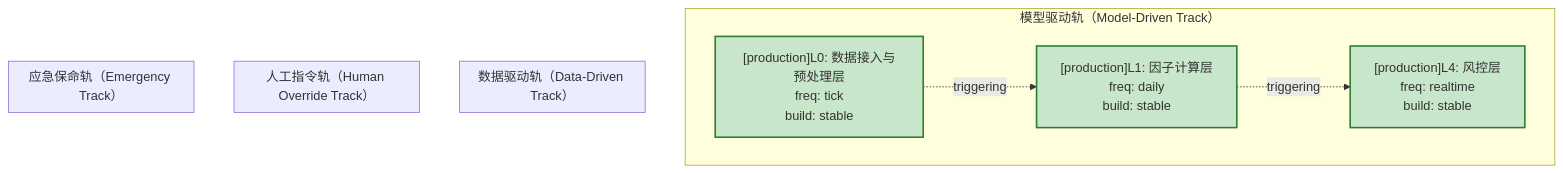
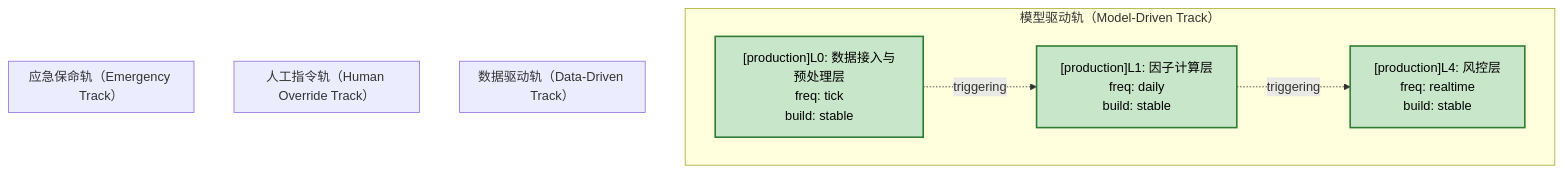
One commit to xuanFelixVan/ZephyrAlpha changed the second of 5 diagrams in docs/02_enterprise_architecture/06_decision_architecture/decision_index.md. Above: the diagram before and after it, drawn with Mermaid. The commit also changed other lines of this file and 1 other file, not shown here.

First line of the commit message:
fix(decisiongraph): classDef 加 color:#000 显式黑色文字 + 设计态虚线边框

````diff
--- a/docs/02_enterprise_architecture/06_decision_architecture/decision_index.md
+++ b/docs/02_enterprise_architecture/06_decision_architecture/decision_index.md
@@ -78,22 +78,22 @@
 ```mermaid
 flowchart TD
     subgraph track_model_driven["模型驱动轨（Model-Driven Track）"]
         LL0["[production]L0: 数据接入与预处理层<br/>freq: tick<br/>build: stable"]:::bsStable
         LL1["[production]L1: 因子计算层<br/>freq: daily<br/>build: stable"]:::bsStable
         LL4["[production]L4: 风控层<br/>freq: realtime<br/>build: stable"]:::bsStable
     end
     subgraph track_data_driven["数据驱动轨（Data-Driven Track）"]
     end
     subgraph track_human_override["人工指令轨（Human Override Track）"]
     end
     subgraph track_emergency["应急保命轨（Emergency Track）"]
     end
     LL0 -.->|triggering| LL1
     LL1 -.->|triggering| LL4
 
-    classDef bsStable fill:#c8e6c9,stroke:#2e7d32,stroke-width:2px
-    classDef bsGenerated fill:#fff9c4,stroke:#f9a825,stroke-width:2px
-    classDef bsTesting fill:#ffe0b2,stroke:#ef6c00,stroke-width:2px
-    classDef bsPlanned fill:#e1f5fe,stroke:#0277bd,stroke-width:2px
-    classDef bsDeprecated fill:#ffcdd2,stroke:#c62828,stroke-width:2px
+    classDef bsStable fill:#c8e6c9,stroke:#2e7d32,stroke-width:2px,color:#000
+    classDef bsGenerated fill:#fff9c4,stroke:#f9a825,stroke-width:2px,color:#000
+    classDef bsTesting fill:#ffe0b2,stroke:#ef6c00,stroke-width:2px,color:#000
+    classDef bsPlanned fill:#e1f5fe,stroke:#0277bd,stroke-width:2px,color:#000,stroke-dasharray: 5 5
+    classDef bsDeprecated fill:#ffcdd2,stroke:#c62828,stroke-width:2px,color:#000,stroke-dasharray: 5 5
 ```
````
